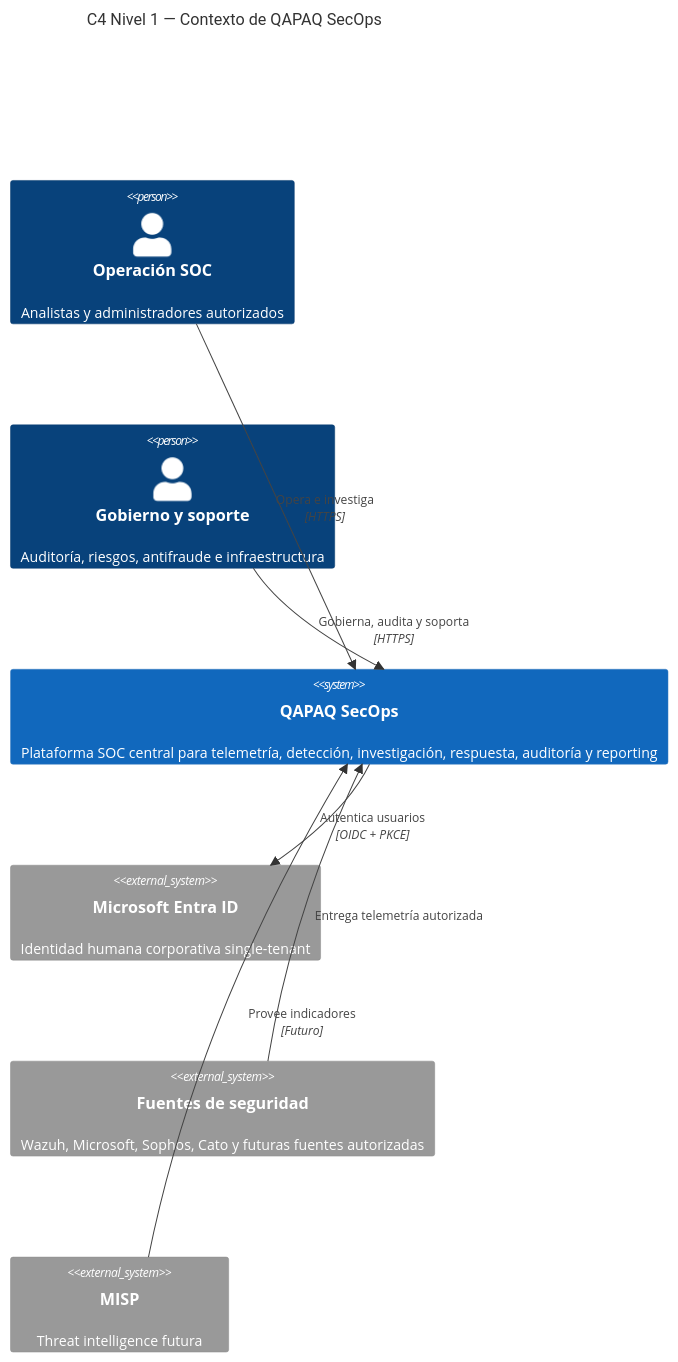
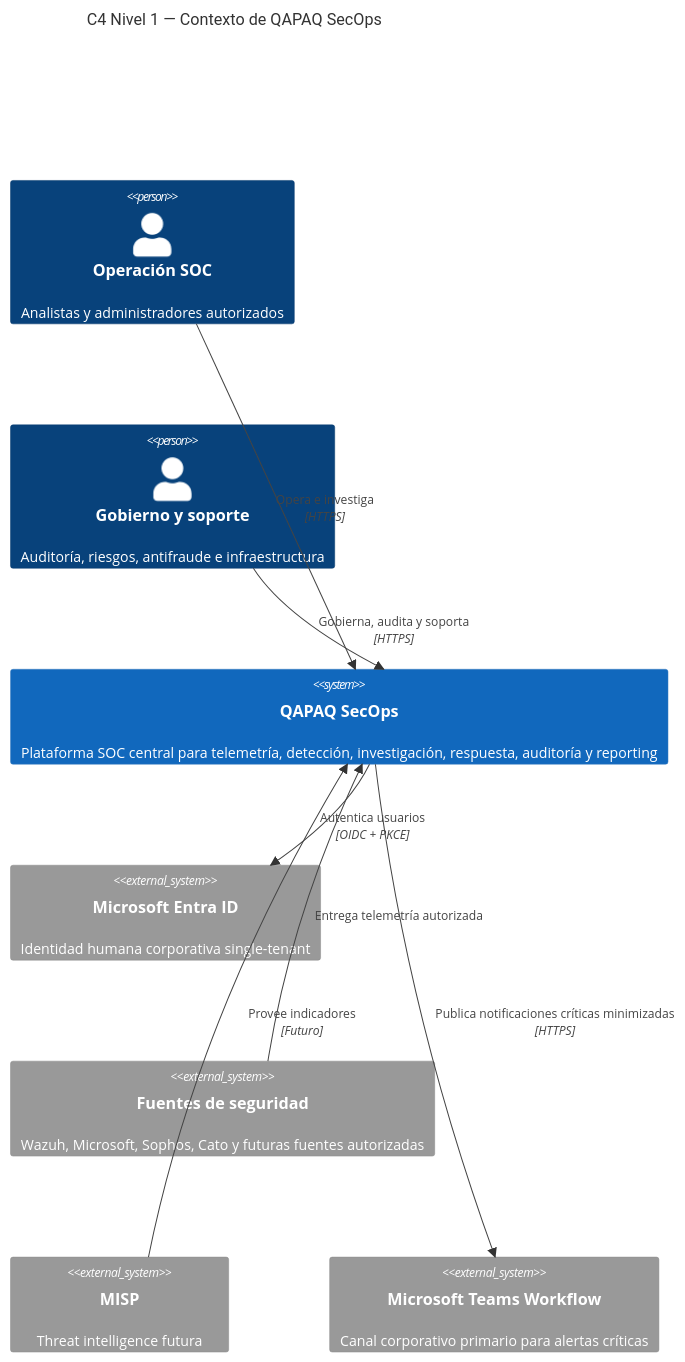
One commit to CyberStill-GmbH/qapaq-secops changed the diagram in docs/diagrams/01-system-context.mmd. Above: the diagram before and after it, drawn with Mermaid. The commit also changed 19 other files, not shown here.

Commit message:
docs(arquitectura): integrar notificaciones críticas asíncronas

```diff
--- a/docs/diagrams/01-system-context.mmd
+++ b/docs/diagrams/01-system-context.mmd
@@ -1,17 +1,19 @@
 C4Context
     title C4 Nivel 1 — Contexto de QAPAQ SecOps
 
     Person(soc, "Operación SOC", "Analistas y administradores autorizados")
     Person(governance, "Gobierno y soporte", "Auditoría, riesgos, antifraude e infraestructura")
 
     System(qapaq, "QAPAQ SecOps", "Plataforma SOC central para telemetría, detección, investigación, respuesta, auditoría y reporting")
 
     System_Ext(entra, "Microsoft Entra ID", "Identidad humana corporativa single-tenant")
     System_Ext(sources, "Fuentes de seguridad", "Wazuh, Microsoft, Sophos, Cato y futuras fuentes autorizadas")
     System_Ext(misp, "MISP", "Threat intelligence futura")
+    System_Ext(teams, "Microsoft Teams Workflow", "Canal corporativo primario para alertas críticas")
 
     Rel(soc, qapaq, "Opera e investiga", "HTTPS")
     Rel(governance, qapaq, "Gobierna, audita y soporta", "HTTPS")
     Rel(qapaq, entra, "Autentica usuarios", "OIDC + PKCE")
     Rel(sources, qapaq, "Entrega telemetría autorizada")
     Rel(misp, qapaq, "Provee indicadores", "Futuro")
+    Rel_R(qapaq, teams, "Publica notificaciones críticas minimizadas", "HTTPS")
```
